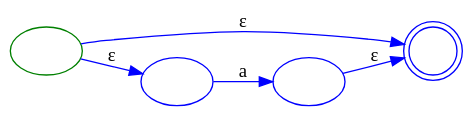
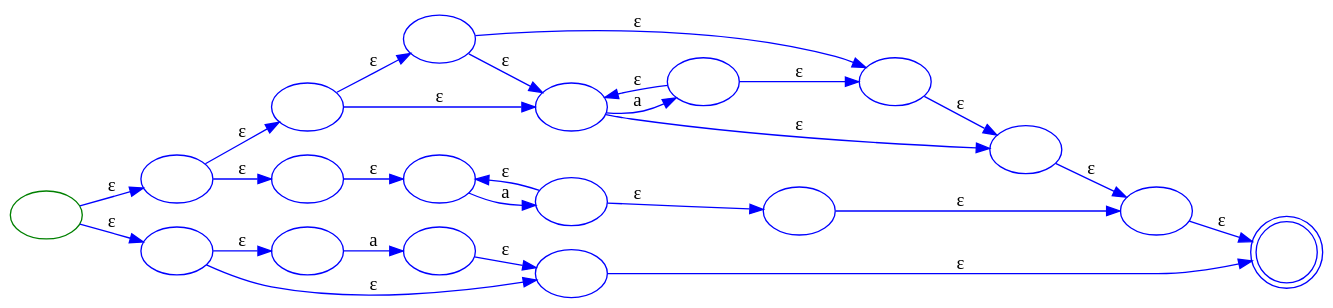
One commit to JuanZoran/cpp_lexer_generator changed the diagram in README.md. Above: the diagram before and after it, drawn with Graphviz. The commit also changed other lines of this file and 30 other files, not shown here.

````diff
--- a/README.md
+++ b/README.md
@@ -4,16 +4,37 @@
 ```dot
 
 digraph NFA {
 rankdir=LR;
 graph [bgcolor = transparent];
 node [color = blue, fontcolor = white]
 edge [color = blue];
-2 [color = green];
-3 [shape = doublecircle];
+16 [color = green];
+17 [shape = doublecircle];
 0 -> 1 [ label = "a" ];
+6 -> 7 [ label = "a" ];
+12 -> 13 [ label = "a" ];
 
+0 -> 5 [ label = "ε" ];
+1 -> 0 [ label = "ε" ];
 1 -> 3 [ label = "ε" ];
 2 -> 0 [ label = "ε" ];
 2 -> 3 [ label = "ε" ];
+3 -> 5 [ label = "ε" ];
+4 -> 0 [ label = "ε" ];
+4 -> 2 [ label = "ε" ];
+5 -> 11 [ label = "ε" ];
+7 -> 6 [ label = "ε" ];
+7 -> 9 [ label = "ε" ];
+8 -> 6 [ label = "ε" ];
+9 -> 11 [ label = "ε" ];
+10 -> 4 [ label = "ε" ];
+10 -> 8 [ label = "ε" ];
+11 -> 17 [ label = "ε" ];
+13 -> 15 [ label = "ε" ];
+14 -> 12 [ label = "ε" ];
+14 -> 15 [ label = "ε" ];
+15 -> 17 [ label = "ε" ];
+16 -> 10 [ label = "ε" ];
+16 -> 14 [ label = "ε" ];
 }
 ```
````
